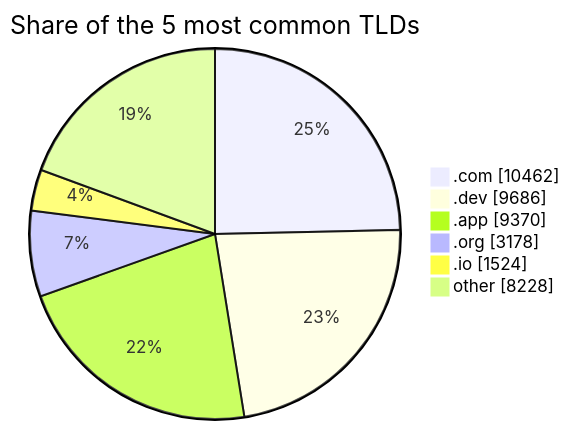
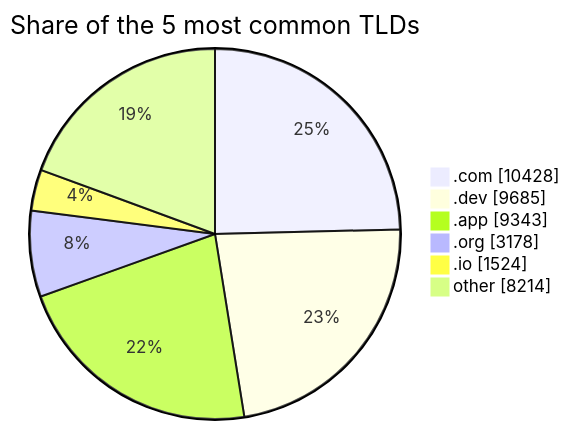
Before and after one commit to DNSBunker/CTI: the third of 3 diagrams in README.md, drawn with Mermaid. The commit also changed other lines of this file and 3 other files, not shown here.

````diff
--- a/README.md
+++ b/README.md
@@ -81,9 +81,9 @@
 ```mermaid
 pie showData title Share of the 5 most common TLDs
-    ".com" : 10462
-    ".dev" : 9686
-    ".app" : 9370
+    ".com" : 10428
+    ".dev" : 9685
+    ".app" : 9343
     ".org" : 3178
     ".io" : 1524
-    "other" : 8228
+    "other" : 8214
 ```
````
